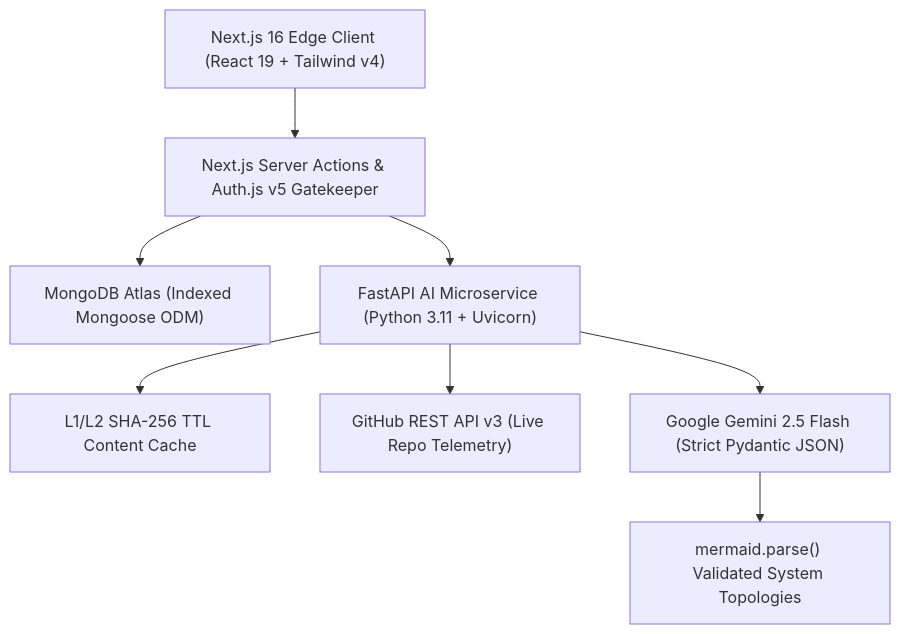
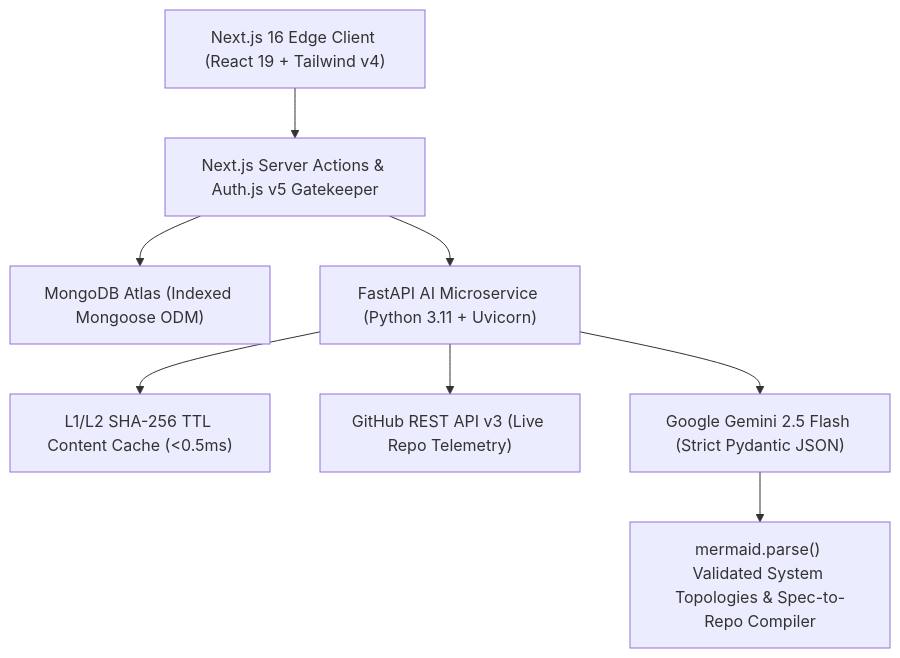
The diagram in README.md (bhargavaalapati/SyncStack), drawn with Mermaid before and after one commit. The commit also changed other lines of this file and 15 other files, not shown here.

Commit message:
release(v2.5): deploy enterprise Spec-to-Repo compiler, AST micro-pr sandbox & global lobby

````diff
--- a/README.md
+++ b/README.md
@@ -29,10 +31,11 @@
 ```mermaid
 flowchart TD
     A["Next.js 16 Edge Client (React 19 + Tailwind v4)"] --> B["Next.js Server Actions & Auth.js v5 Gatekeeper"]
     B --> C["MongoDB Atlas (Indexed Mongoose ODM)"]
     B --> D["FastAPI AI Microservice (Python 3.11 + Uvicorn)"]
-    D --> E["L1/L2 SHA-256 TTL Content Cache"]
+    D --> E["L1/L2 SHA-256 TTL Content Cache (<0.5ms)"]
     D --> F["GitHub REST API v3 (Live Repo Telemetry)"]
     D --> G["Google Gemini 2.5 Flash (Strict Pydantic JSON)"]
-    G --> H["mermaid.parse() Validated System Topologies"]
+    G --> H["mermaid.parse() Validated System Topologies & Spec-to-Repo Compiler"]
+
 ```
````
